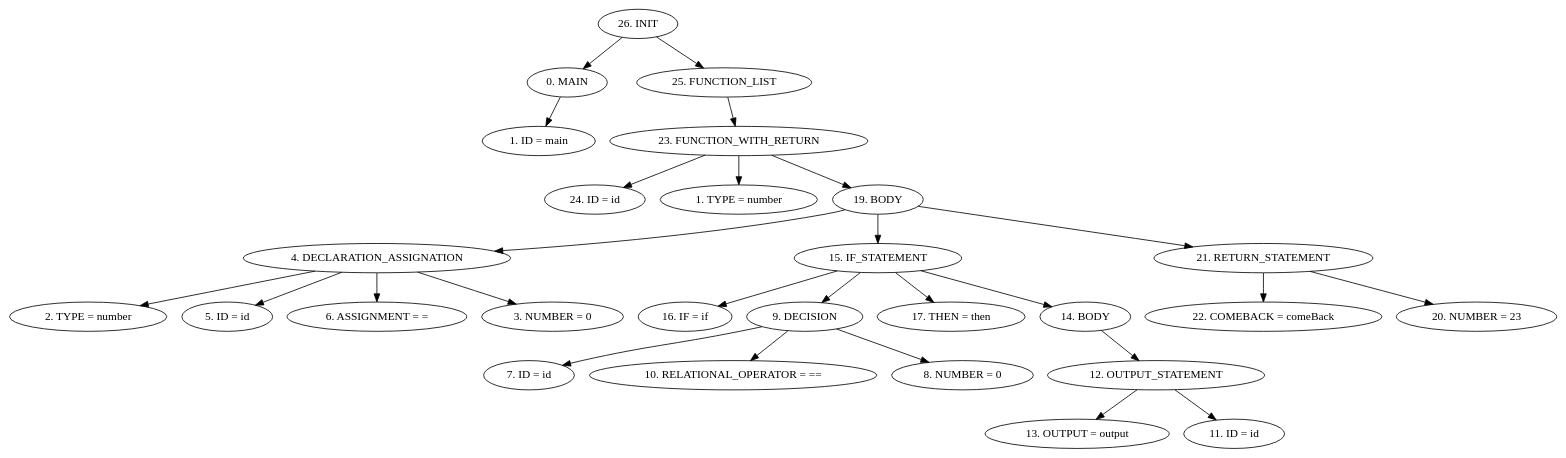
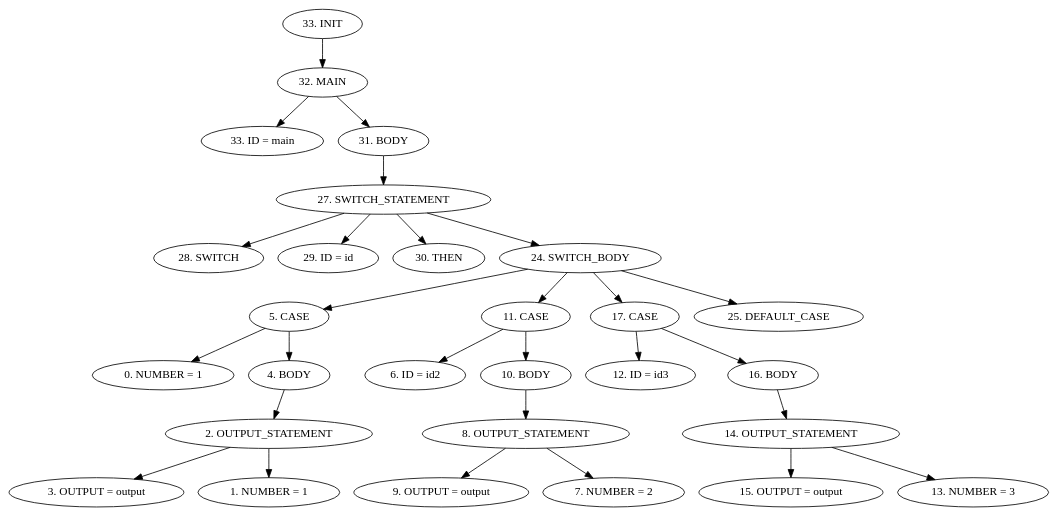
One commit to Carlosvhz/compiladores_proyecto changed the diagram in src/AST/AST.dot. Above: the diagram before and after it, drawn with Graphviz. The commit also changed 5 other files, not shown here.

Commit message:
switch case

```diff
--- a/src/AST/AST.dot
+++ b/src/AST/AST.dot
@@ -1,30 +1,31 @@
 digraph G {
-"26. INIT"->"0. MAIN"
-"0. MAIN"->"1. ID = main"
-"26. INIT"->"25. FUNCTION_LIST"
-"25. FUNCTION_LIST"->"23. FUNCTION_WITH_RETURN"
-"23. FUNCTION_WITH_RETURN"->"24. ID = id"
-"23. FUNCTION_WITH_RETURN"->"1. TYPE = number"
-"23. FUNCTION_WITH_RETURN"->"19. BODY"
-"19. BODY"->"4. DECLARATION_ASSIGNATION"
-"4. DECLARATION_ASSIGNATION"->"2. TYPE = number"
-"4. DECLARATION_ASSIGNATION"->"5. ID = id"
-"4. DECLARATION_ASSIGNATION"->"6. ASSIGNMENT = ="
-"4. DECLARATION_ASSIGNATION"->"3. NUMBER = 0"
-"19. BODY"->"15. IF_STATEMENT"
-"15. IF_STATEMENT"->"16. IF = if"
-"15. IF_STATEMENT"->"9. DECISION"
-"9. DECISION"->"7. ID = id"
-"9. DECISION"->"10. RELATIONAL_OPERATOR = =="
-"9. DECISION"->"8. NUMBER = 0"
-"15. IF_STATEMENT"->"17. THEN = then"
-"15. IF_STATEMENT"->"14. BODY"
-"14. BODY"->"12. OUTPUT_STATEMENT"
-"12. OUTPUT_STATEMENT"->"13. OUTPUT = output"
-"12. OUTPUT_STATEMENT"->"11. ID = id"
-"19. BODY"->"21. RETURN_STATEMENT"
-"21. RETURN_STATEMENT"->"22. COMEBACK = comeBack"
-"21. RETURN_STATEMENT"->"20. NUMBER = 23"
+"33. INIT"->"32. MAIN"
+"32. MAIN"->"33. ID = main"
+"32. MAIN"->"31. BODY"
+"31. BODY"->"27. SWITCH_STATEMENT"
+"27. SWITCH_STATEMENT"->"28. SWITCH"
+"27. SWITCH_STATEMENT"->"29. ID = id"
+"27. SWITCH_STATEMENT"->"30. THEN"
+"27. SWITCH_STATEMENT"->"24. SWITCH_BODY"
+"24. SWITCH_BODY"->"5. CASE"
+"5. CASE"->"0. NUMBER = 1"
+"5. CASE"->"4. BODY"
+"4. BODY"->"2. OUTPUT_STATEMENT"
+"2. OUTPUT_STATEMENT"->"3. OUTPUT = output"
+"2. OUTPUT_STATEMENT"->"1. NUMBER = 1"
+"24. SWITCH_BODY"->"11. CASE"
+"11. CASE"->"6. ID = id2"
+"11. CASE"->"10. BODY"
+"10. BODY"->"8. OUTPUT_STATEMENT"
+"8. OUTPUT_STATEMENT"->"9. OUTPUT = output"
+"8. OUTPUT_STATEMENT"->"7. NUMBER = 2"
+"24. SWITCH_BODY"->"17. CASE"
+"17. CASE"->"12. ID = id3"
+"17. CASE"->"16. BODY"
+"16. BODY"->"14. OUTPUT_STATEMENT"
+"14. OUTPUT_STATEMENT"->"15. OUTPUT = output"
+"14. OUTPUT_STATEMENT"->"13. NUMBER = 3"
+"24. SWITCH_BODY"->"25. DEFAULT_CASE"
 
 
 }
```
